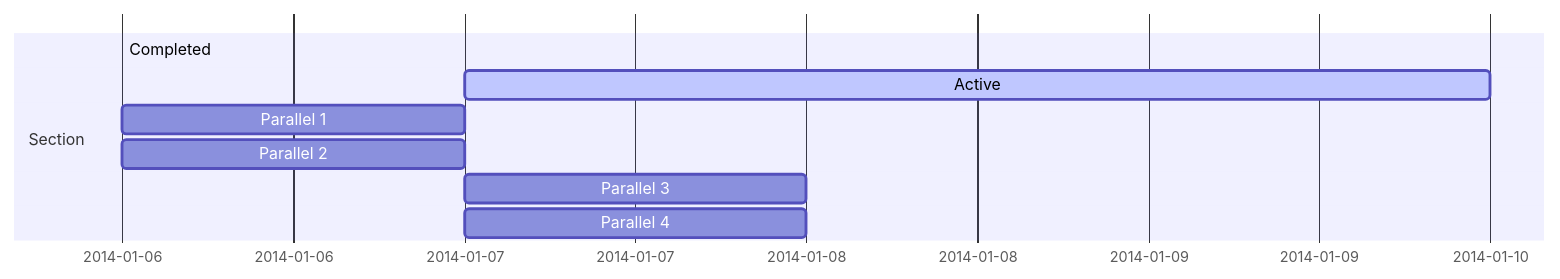
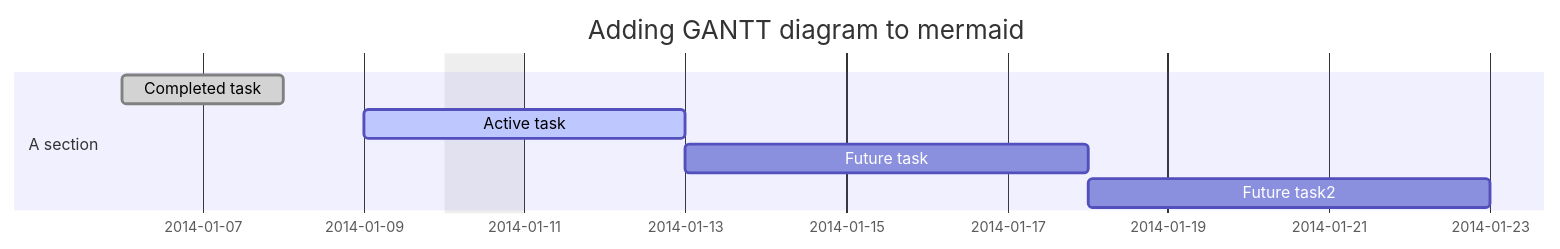
Before and after one commit to drkmenon/knote.github.io: the fourth of 4 diagrams in content/post/writing-technical-content/index.md, drawn with Mermaid. The commit also changed other lines of this file and 5 other files, not shown here.

````diff
--- a/content/post/writing-technical-content/index.md
+++ b/content/post/writing-technical-content/index.md
@@ -150,10 +109,12 @@
 ```mermaid
-gantt
-section Section
-Completed :done,    des1, 2014-01-06,2014-01-08
-Active        :active,  des2, 2014-01-07, 3d
-Parallel 1   :         des3, after des1, 1d
-Parallel 2   :         des4, after des1, 1d
-Parallel 3   :         des5, after des3, 1d
-Parallel 4   :         des6, after des4, 1d
+   gantt
+   dateFormat  YYYY-MM-DD
+   title Adding GANTT diagram to mermaid
+   excludes weekdays 2014-01-10
+
+   section A section
+   Completed task            :done,    des1, 2014-01-06,2014-01-08
+   Active task               :active,  des2, 2014-01-09, 3d
+   Future task               :         des3, after des2, 5d
+   Future task2              :         des4, after des3, 5d
 ```
````
